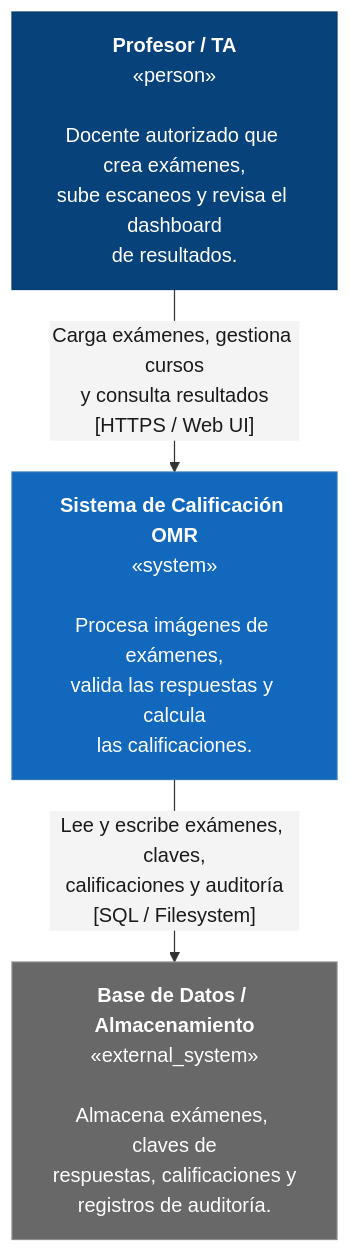
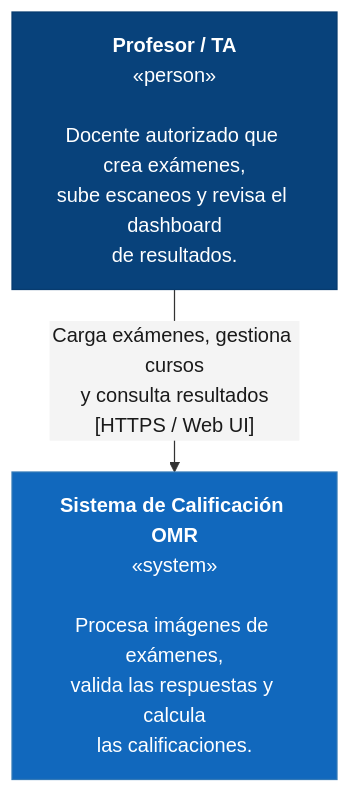
One commit to ISCOUTB/AS_202620_Sistema-de-calificacion-automatica changed the diagram in docs/c4/doc-c4.md. Above: the diagram before and after it, drawn with Mermaid. The commit also changed other lines of this file, not shown here.

Commit message:
Se refina el diagrama de contexto y las descripciones de los elementos.
Se actualizaron los comentarios y las descripciones en el diagrama de contexto para mejorar la claridad y se eliminaron las referencias a la base de datos como un sistema externo.

````diff
--- a/docs/c4/doc-c4.md
+++ b/docs/c4/doc-c4.md
@@ -9,24 +9,12 @@
 ```mermaid
 %% Diagrama de Contexto - Sistema de Calificación OMR
-%% El color del texto de las etiquetas de las flechas se fija con un
-%% <span style="color:..."> para que se lea bien sin importar si el
-%% visor usa tema claro u oscuro.
-
 %%{init: {'theme': 'default', 'flowchart': {'htmlLabels': true}, 'themeVariables': {'edgeLabelBackground': '#f4f4f4'}}}%%
 flowchart TB
     profesor["<b>Profesor / TA</b><br/>«person»<br/><br/>Docente autorizado que crea exámenes,<br/>sube escaneos y revisa el dashboard<br/>de resultados."]
     sistema["<b>Sistema de Calificación OMR</b><br/>«system»<br/><br/>Procesa imágenes de exámenes,<br/>valida las respuestas y calcula<br/>las calificaciones."]
-    storage["<b>Base de Datos / Almacenamiento</b><br/>«external_system»<br/><br/>Almacena exámenes, claves de<br/>respuestas, calificaciones y<br/>registros de auditoría."]
-
     profesor -->|"<span style='color:#1a1a1a'>Carga exámenes, gestiona cursos<br/>y consulta resultados<br/>[HTTPS / Web UI]</span>"| sistema
-    sistema -->|"<span style='color:#1a1a1a'>Lee y escribe exámenes, claves,<br/>calificaciones y auditoría<br/>[SQL / Filesystem]</span>"| storage
-
     classDef person fill:#08427B,stroke:#073B6F,color:#ffffff
     classDef system fill:#1168BD,stroke:#3379B7,color:#ffffff
-    classDef external fill:#686868,stroke:#8C8C8C,color:#ffffff
-
     class profesor person
     class sistema system
-    class storage external
-
 ```
````
